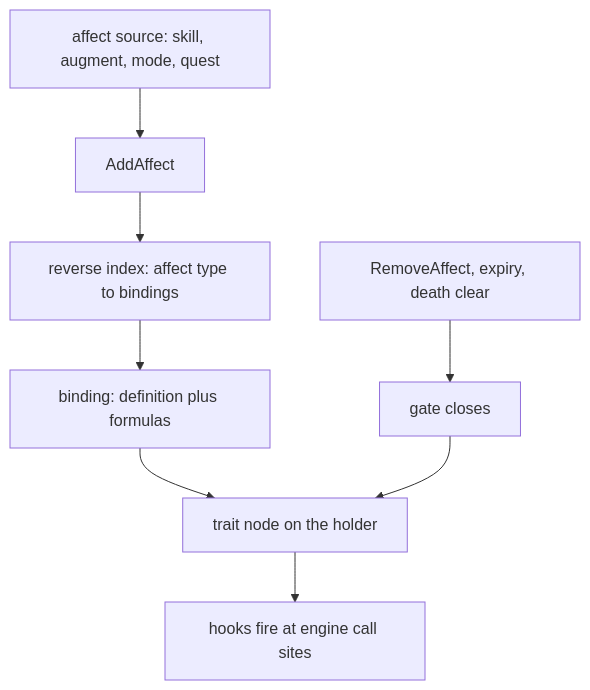
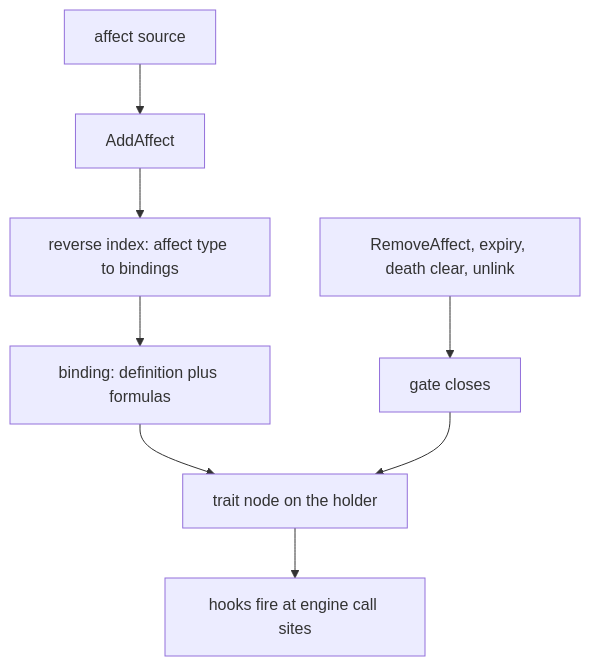
Before and after one commit to universal-core/website: the first of 2 diagrams in foundations/traits/index.md, drawn with Mermaid. The commit also changed other lines of this file and 125 other files, not shown here.

````diff
--- a/foundations/traits/index.md
+++ b/foundations/traits/index.md
@@ -53,10 +23,10 @@
 ```mermaid
 flowchart TD
-    SRC["affect source: skill, augment, mode, quest"] --> ADD["AddAffect"]
+    SRC["affect source"] --> ADD["AddAffect"]
     ADD --> IDX["reverse index: affect type to bindings"]
     IDX --> BIND["binding: definition plus formulas"]
     BIND --> NODE["trait node on the holder"]
     NODE --> HOOK["hooks fire at engine call sites"]
-    RM["RemoveAffect, expiry, death clear"] --> CLOSE["gate closes"]
+    RM["RemoveAffect, expiry, death clear, unlink"] --> CLOSE["gate closes"]
     CLOSE --> NODE
 ```
````
